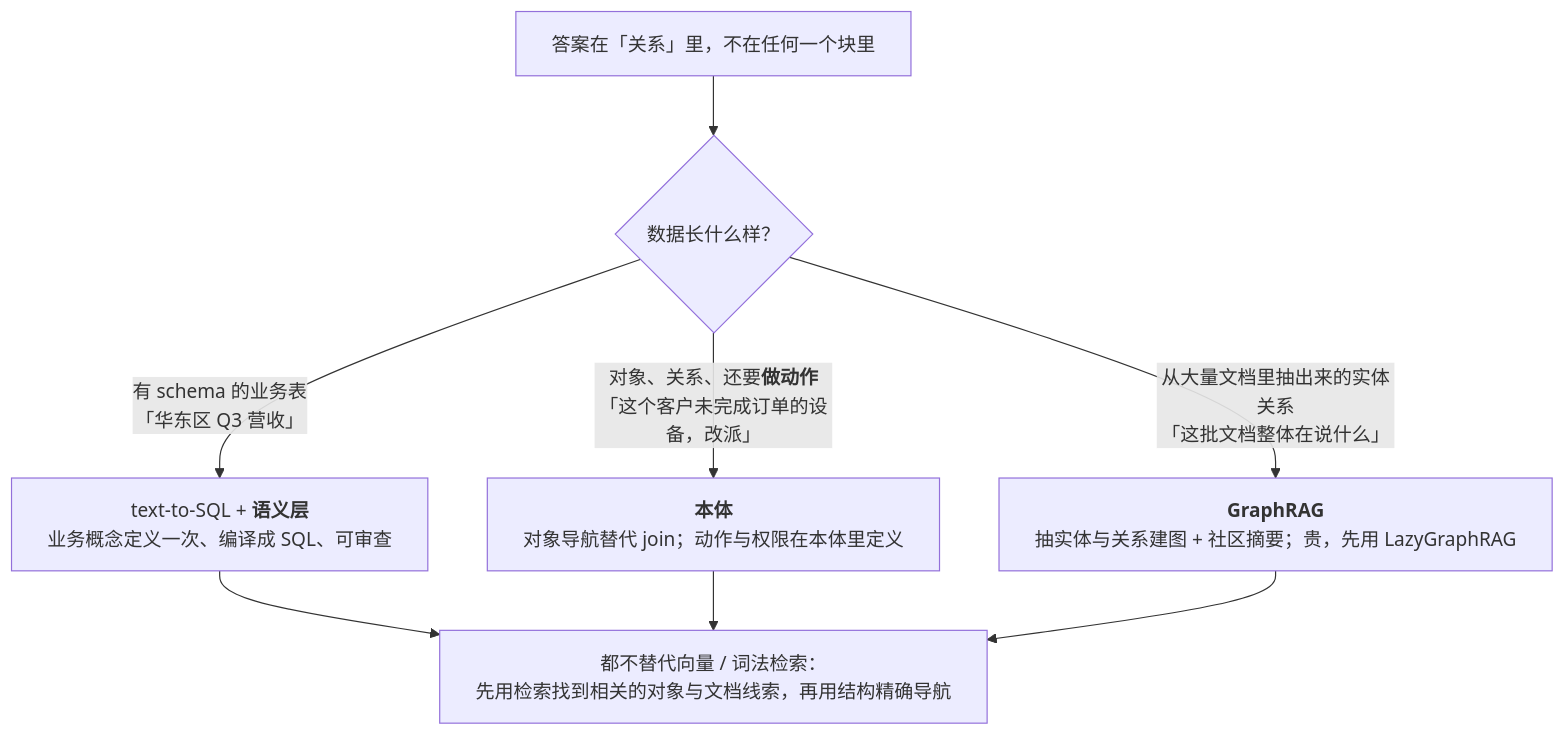
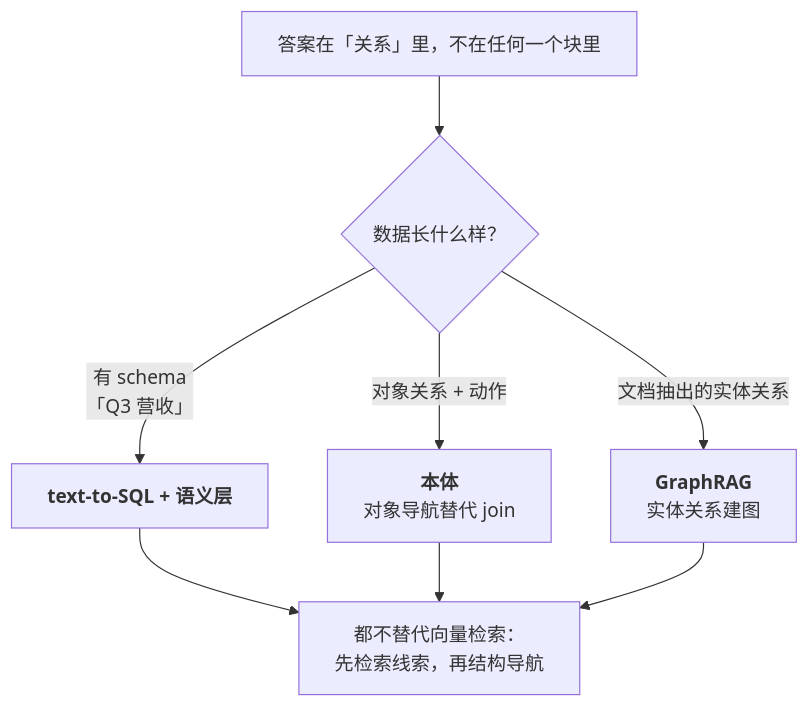
Before and after one commit to arganzheng/arganzheng.github.com: the seventh of 7 diagrams in slides/2026-10-19-retrieval-and-knowledge.md, drawn with Mermaid. The commit also changed other lines of this file, not shown here.

Commit message:
slides/retrieval-and-knowledge: cut/shorten mermaid diagrams below 14px rendered text (check-render smalltext/overlap)

````diff
--- a/slides/2026-10-19-retrieval-and-knowledge.md
+++ b/slides/2026-10-19-retrieval-and-knowledge.md
@@ -223,10 +222,10 @@
 ```mermaid
 %%{init: {"flowchart": {"wrappingWidth": 440}}}%%
 flowchart TB
     Q["答案在「关系」里，不在任何一个块里"] --> W{"数据长什么样？"}
-    W -- "有 schema 的业务表<br/>「华东区 Q3 营收」" --> S["text-to-SQL + <b>语义层</b><br/>业务概念定义一次、编译成 SQL、可审查"]
-    W -- "对象、关系、还要<b>做动作</b><br/>「这个客户未完成订单的设备，改派」" --> O["<b>本体</b><br/>对象导航替代 join；动作与权限在本体里定义"]
-    W -- "从大量文档里抽出来的实体关系<br/>「这批文档整体在说什么」" --> G["<b>GraphRAG</b><br/>抽实体与关系建图 + 社区摘要；贵，先用 LazyGraphRAG"]
-    S & O & G --> C["都不替代向量 / 词法检索：<br/>先用检索找到相关的对象与文档线索，再用结构精确导航"]
+    W -- "有 schema<br/>「Q3 营收」" --> S["<b>text-to-SQL + 语义层</b>"]
+    W -- "对象关系 + 动作" --> O["<b>本体</b><br/>对象导航替代 join"]
+    W -- "文档抽出的实体关系" --> G["<b>GraphRAG</b><br/>实体关系建图"]
+    S & O & G --> C["都不替代向量检索：<br/>先检索线索，再结构导航"]
 
 ```
````
